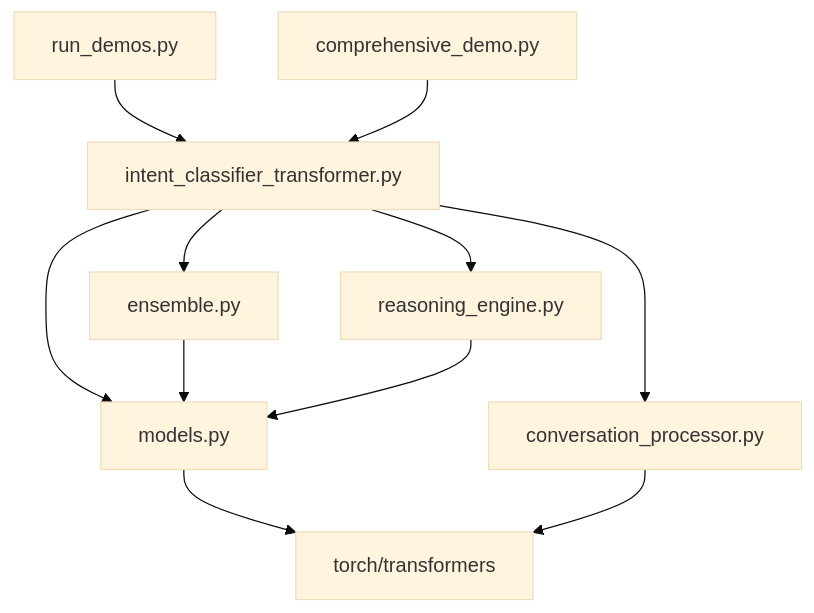
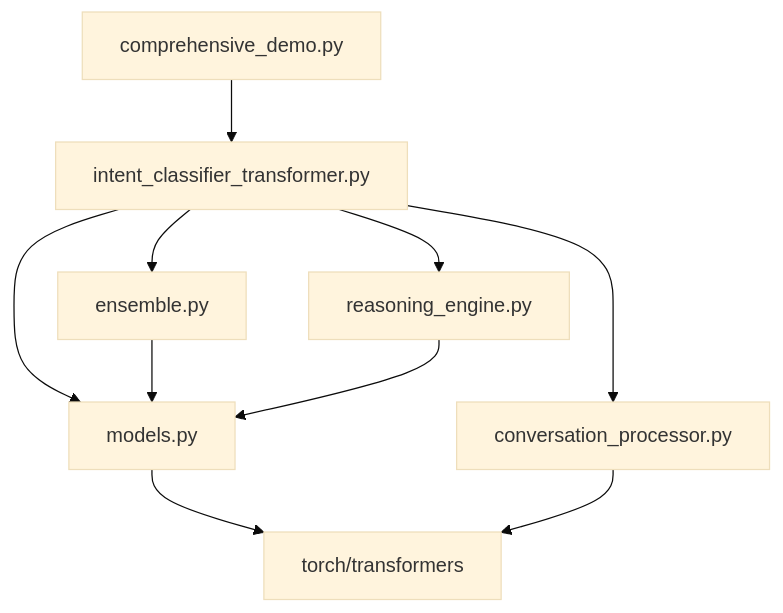
Before and after one commit to rk-vashista/Intent-Classifer: the diagram in README.md, drawn with Mermaid (base theme). The commit also changed other lines of this file and 1 other file, not shown here.

````diff
--- a/README.md
+++ b/README.md
@@ -680,13 +686,12 @@
 ```mermaid
 graph TD
     A[intent_classifier_transformer.py] --> B[models.py]
     A --> C[conversation_processor.py]
     A --> D[ensemble.py]
     A --> E[reasoning_engine.py]
     B --> F[torch/transformers]
     C --> F
     D --> B
     E --> B
-    G[run_demos.py] --> A
     H[comprehensive_demo.py] --> A
 ```
````
